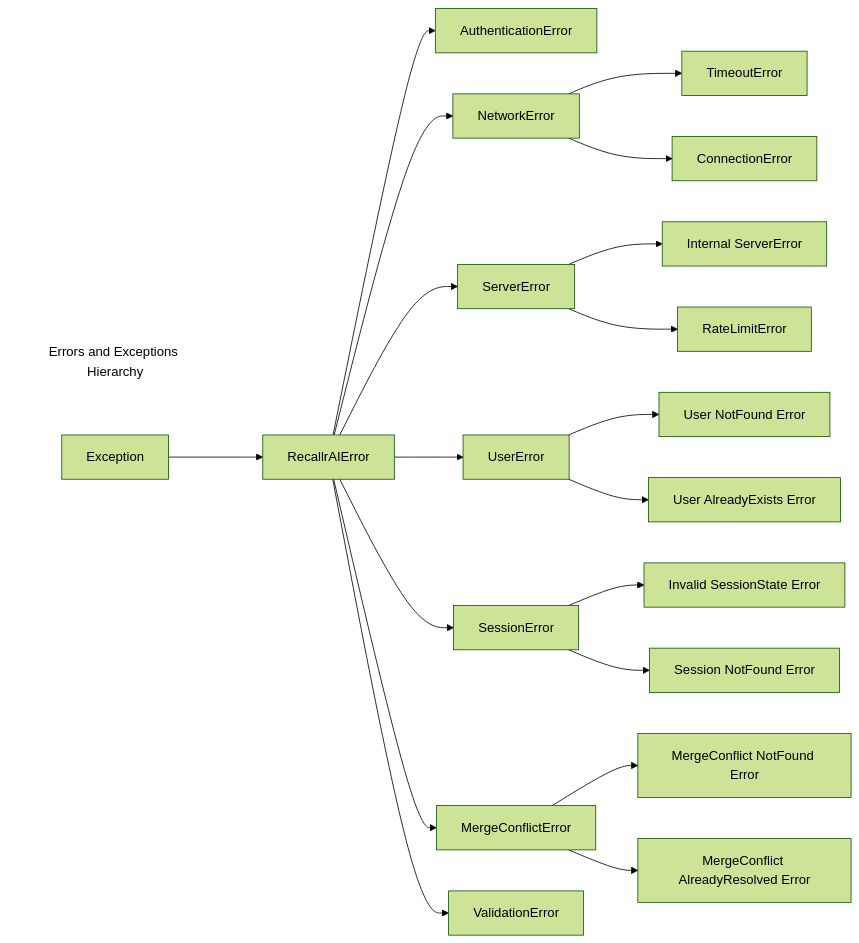
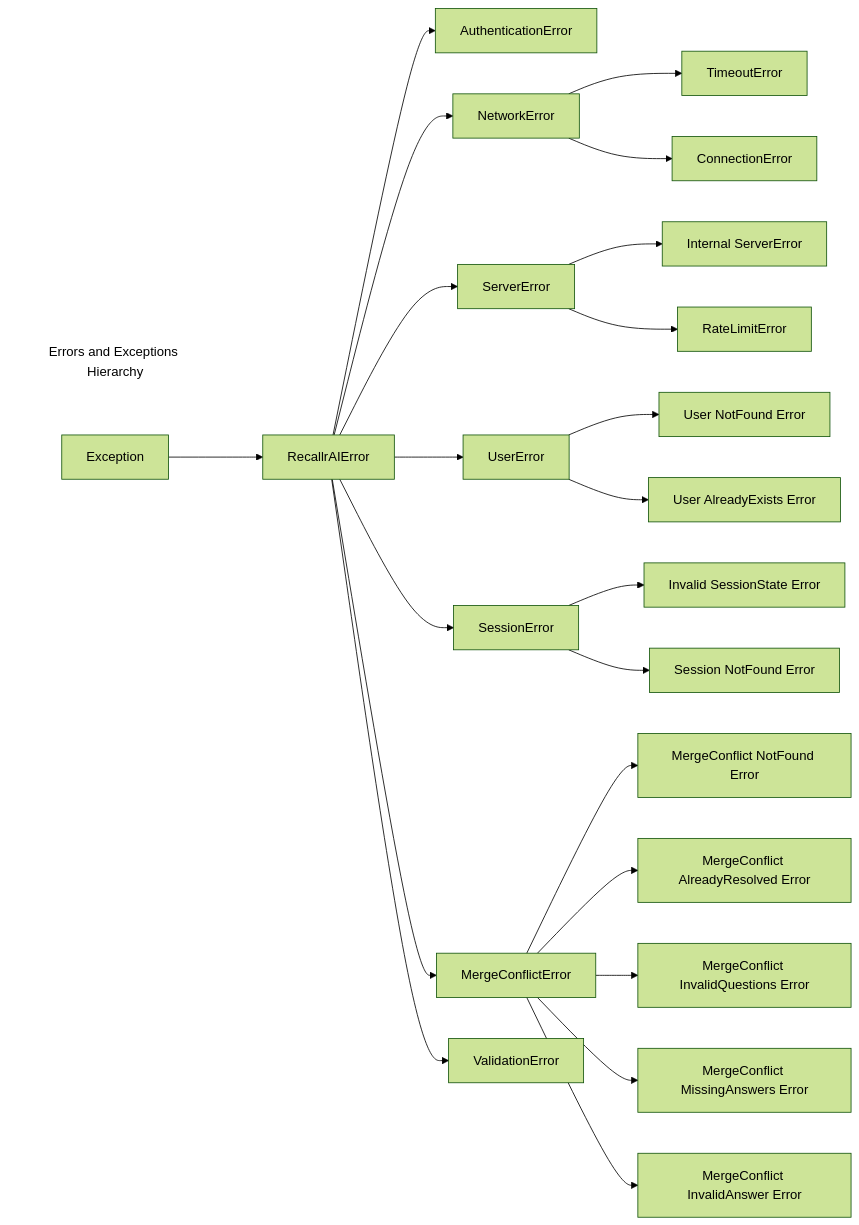
One commit to recallrai/sdk-python changed the diagram in README.md. Above: the diagram before and after it, drawn with Mermaid (forest theme). The commit also changed other lines of this file and 3 other files, not shown here.

Commit message:
Add new merge conflict exceptions and enhance error handling in SDK

````diff
--- a/README.md
+++ b/README.md
@@ -633,63 +658,69 @@
 ```mermaid
 flowchart LR
     %% Title
     title[Errors and Exceptions Hierarchy]
     style title fill:none,stroke:none
     
     %% Base exception class
     Exception[Exception]
     RecallrAIError[RecallrAIError]
     
     %% First level exceptions
     AuthenticationError[AuthenticationError]
     NetworkError[NetworkError]
     ServerError[ServerError]
     UserError[UserError]
     SessionError[SessionError]
     MergeConflictError[MergeConflictError]
     ValidationError[ValidationError]
     
     %% Second level exceptions - NetworkError children
     TimeoutError[TimeoutError]
     ConnectionError[ConnectionError]
     
     %% Second level exceptions - ServerError children
     InternalServerError[Internal ServerError]
     RateLimitError[RateLimitError]
     
     %% Second level exceptions - UserError children
     UserNotFoundError[User NotFound Error]
     UserAlreadyExistsError[User AlreadyExists Error]
     
     %% Second level exceptions - SessionError children
     InvalidSessionStateError[Invalid SessionState Error]
     SessionNotFoundError[Session NotFound Error]
     
     %% Second level exceptions - MergeConflictError children
     MergeConflictNotFoundError[MergeConflict NotFound Error]
     MergeConflictAlreadyResolvedError[MergeConflict AlreadyResolved Error]
+    MergeConflictInvalidQuestionsError[MergeConflict InvalidQuestions Error]
+    MergeConflictMissingAnswersError[MergeConflict MissingAnswers Error]
+    MergeConflictInvalidAnswerError[MergeConflict InvalidAnswer Error]
     
     %% Connect parent to base
     Exception --> RecallrAIError
     
     %% Connect base to first level
     RecallrAIError --> AuthenticationError
     RecallrAIError --> NetworkError
     RecallrAIError --> ServerError
     RecallrAIError --> UserError
     RecallrAIError --> SessionError
     RecallrAIError --> MergeConflictError
     RecallrAIError --> ValidationError
     
     %% Connect first level to second level
     NetworkError --> TimeoutError
     NetworkError --> ConnectionError
     ServerError --> InternalServerError
     ServerError --> RateLimitError
     UserError --> UserNotFoundError
     UserError --> UserAlreadyExistsError
     SessionError --> InvalidSessionStateError
     SessionError --> SessionNotFoundError
     MergeConflictError --> MergeConflictNotFoundError
     MergeConflictError --> MergeConflictAlreadyResolvedError
+    MergeConflictError --> MergeConflictInvalidQuestionsError
+    MergeConflictError --> MergeConflictMissingAnswersError
+    MergeConflictError --> MergeConflictInvalidAnswerError
 ```
````
